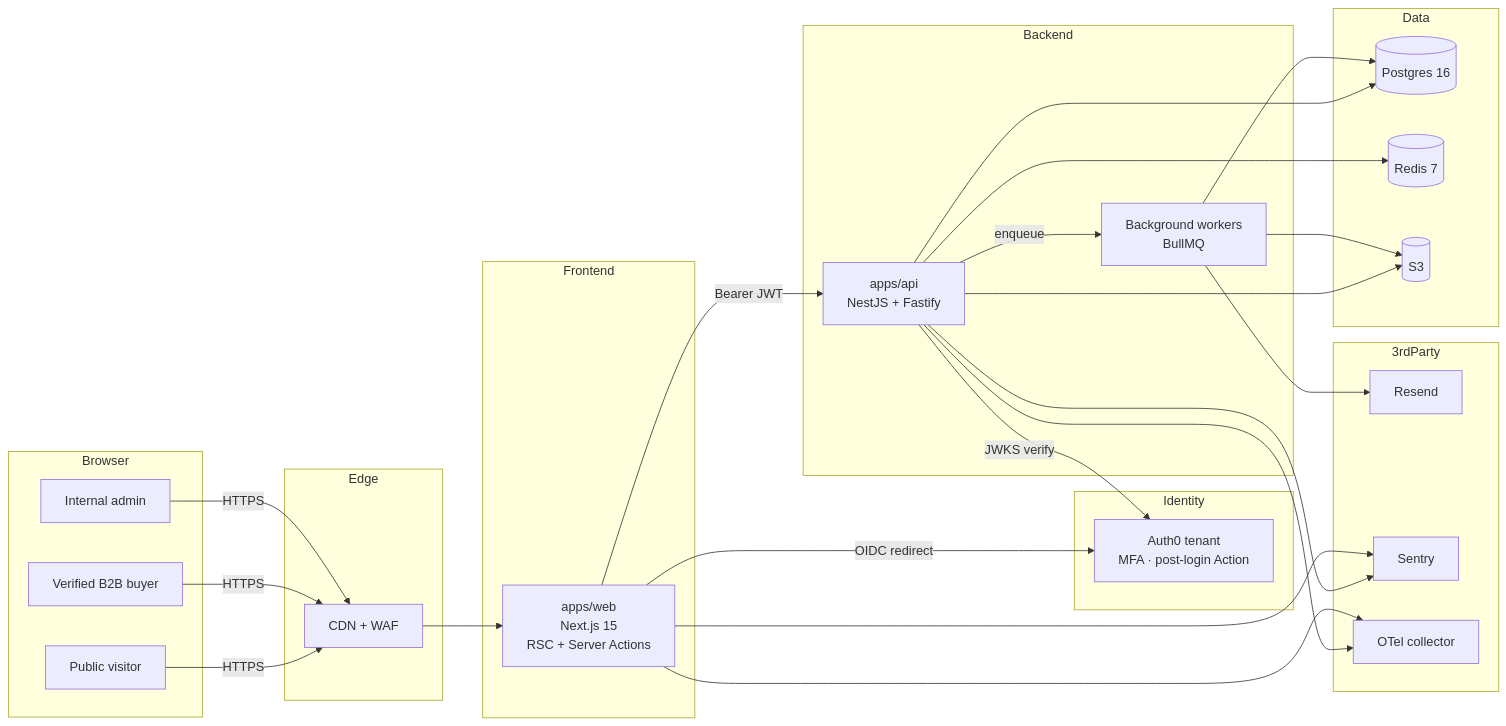
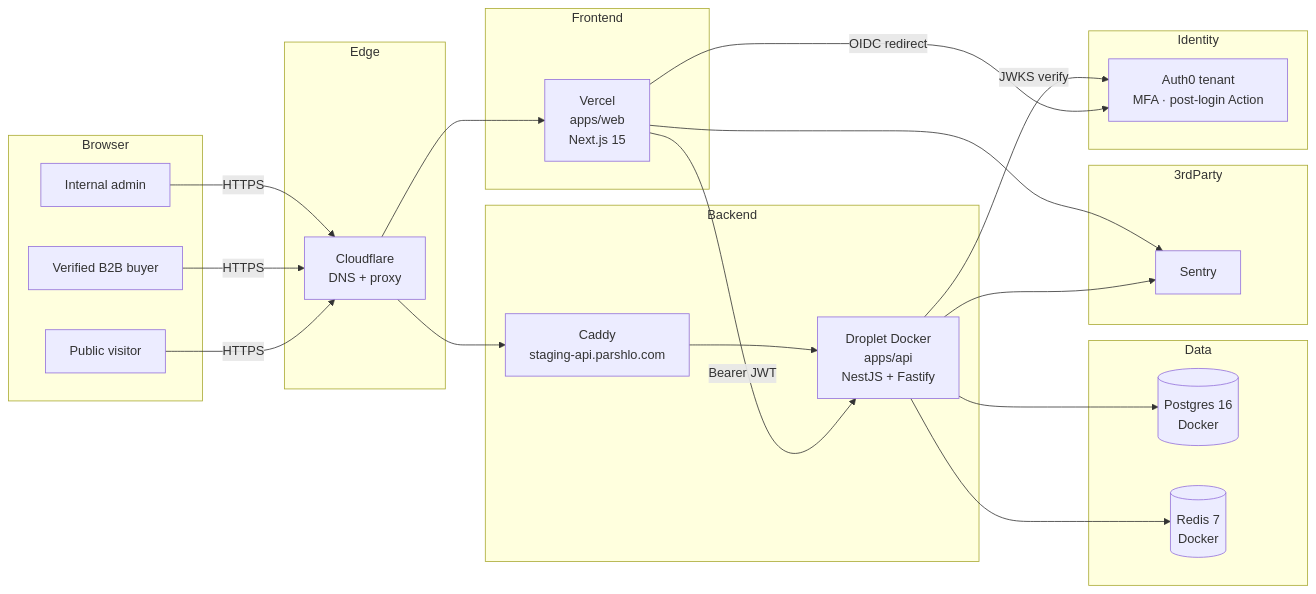
Before and after one commit to ParthBotre/parshlo: the first of 4 diagrams in docs/architecture.md, drawn with Mermaid. The commit also changed other lines of this file and 11 other files, not shown here.

````diff
--- a/docs/architecture.md
+++ b/docs/architecture.md
@@ -7,51 +9,43 @@
 ```mermaid
 flowchart LR
   subgraph Browser
     Public[Public visitor]
     Buyer[Verified B2B buyer]
     Admin[Internal admin]
   end
 
   subgraph Edge
-    CDN[CDN + WAF]
+    CDN[Cloudflare<br/>DNS + proxy]
   end
 
   subgraph Frontend
-    Web[apps/web<br/>Next.js 15<br/>RSC + Server Actions]
+    Web[Vercel<br/>apps/web<br/>Next.js 15]
   end
 
   subgraph Identity
     Auth0[Auth0 tenant<br/>MFA · post-login Action]
   end
 
   subgraph Backend
-    API[apps/api<br/>NestJS + Fastify]
-    Worker[Background workers<br/>BullMQ]
+    Caddy[Caddy<br/>staging-api.parshlo.com]
+    API[Droplet Docker<br/>apps/api<br/>NestJS + Fastify]
   end
 
   subgraph Data
-    PG[(Postgres 16)]
-    Redis[(Redis 7)]
-    S3[(S3)]
+    PG[(Postgres 16<br/>Docker)]
+    Redis[(Redis 7<br/>Docker)]
   end
 
   subgraph 3rdParty
-    Resend[Resend]
     Sentry[Sentry]
-    OTel[OTel collector]
   end
 
   Public & Buyer & Admin -->|HTTPS| CDN --> Web
   Web -->|Bearer JWT| API
   Web -->|OIDC redirect| Auth0
+  CDN --> Caddy --> API
   API -->|JWKS verify| Auth0
   API --> PG
   API --> Redis
-  API --> S3
-  API -->|enqueue| Worker
-  Worker --> Resend
-  Worker --> PG
-  Worker --> S3
   API & Web --> Sentry
-  API & Web --> OTel
 ```
````
